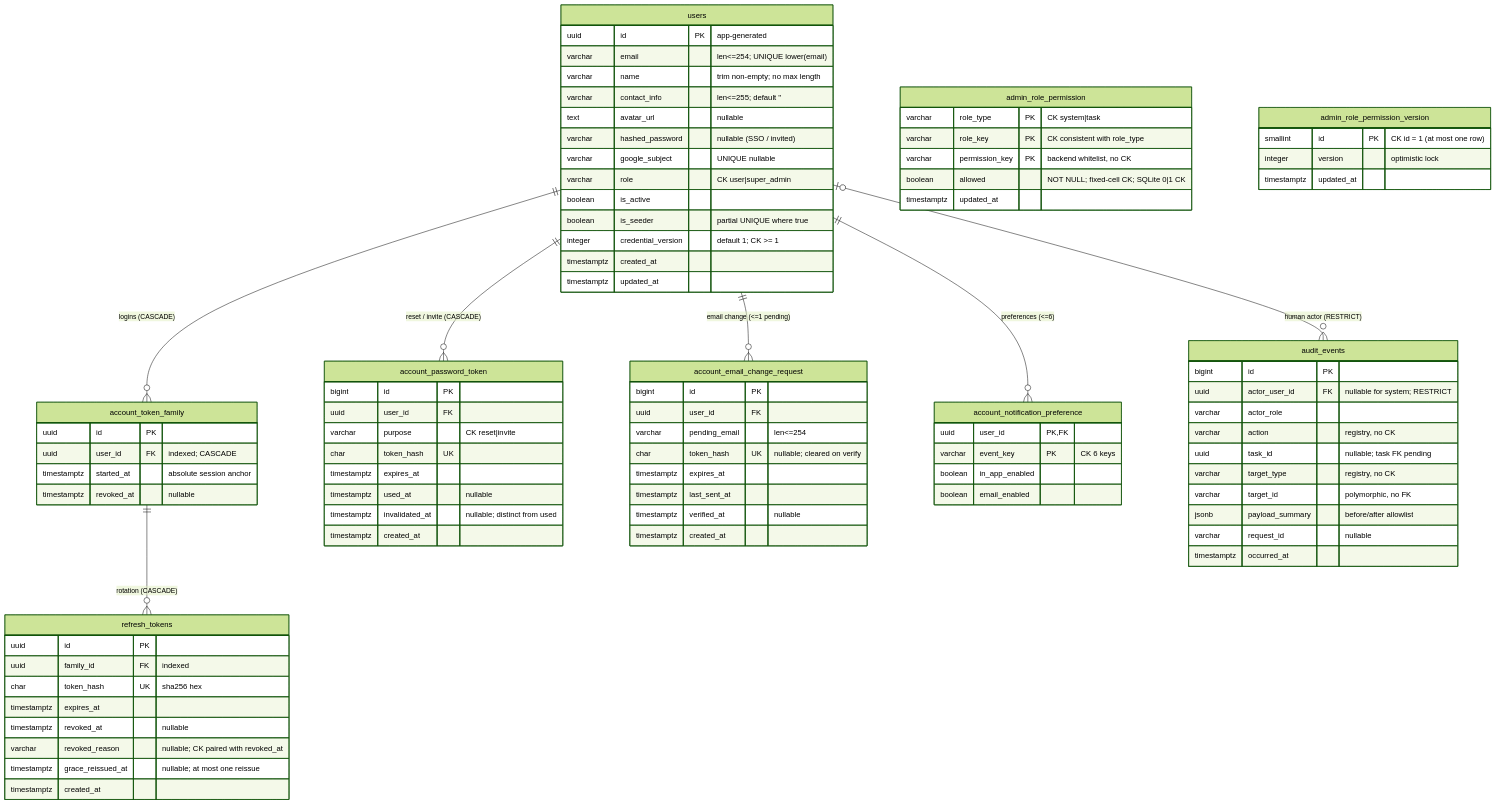
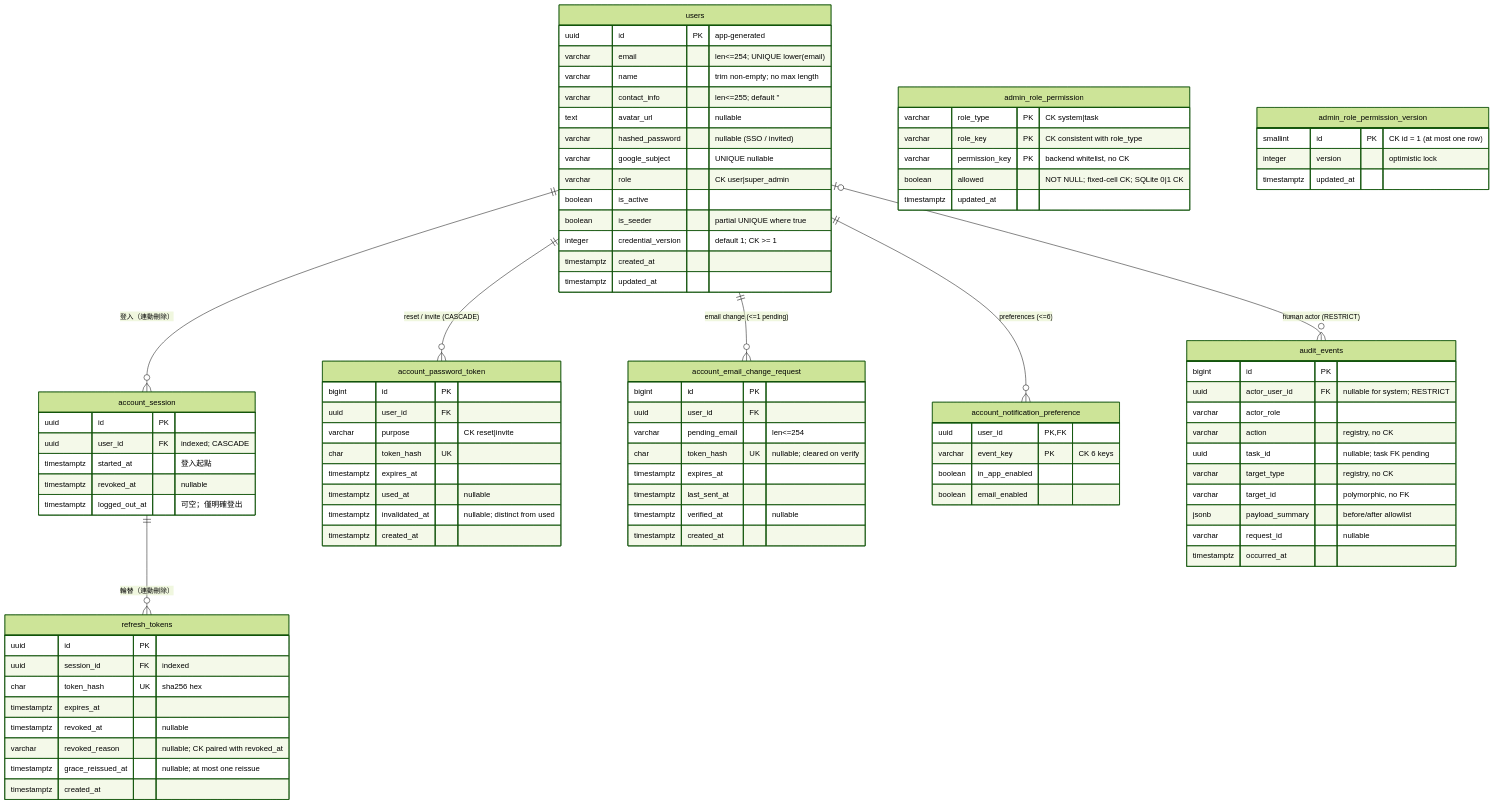
The diagram in docs/diagrams/architecture/account-admin-db-schema.md (singyichen/label-suite), drawn with Mermaid (forest theme) before and after one commit. The commit also changed other lines of this file and 3 other files, not shown here.

First line of the commit message:
docs: project account sessions into database diagrams

```diff
--- a/docs/diagrams/architecture/account-admin-db-schema.md
+++ b/docs/diagrams/architecture/account-admin-db-schema.md
@@ -52,15 +52,16 @@
         timestamptz created_at
         timestamptz updated_at
     }
-    account_token_family {
+    account_session {
         uuid id PK
         uuid user_id FK "indexed; CASCADE"
-        timestamptz started_at "absolute session anchor"
+        timestamptz started_at "登入起點"
         timestamptz revoked_at "nullable"
+        timestamptz logged_out_at "可空；僅明確登出"
     }
     refresh_tokens {
         uuid id PK
-        uuid family_id FK "indexed"
+        uuid session_id FK "indexed"
         char token_hash UK "sha256 hex"
         timestamptz expires_at
         timestamptz revoked_at "nullable"
@@ -119,8 +120,8 @@
         timestamptz updated_at
     }
 
-    users ||--o{ account_token_family : "logins (CASCADE)"
-    account_token_family ||--o{ refresh_tokens : "rotation (CASCADE)"
+    users ||--o{ account_session : "登入（連動刪除）"
+    account_session ||--o{ refresh_tokens : "輪替（連動刪除）"
     users ||--o{ account_password_token : "reset / invite (CASCADE)"
     users ||--o{ account_email_change_request : "email change (<=1 pending)"
     users ||--o{ account_notification_preference : "preferences (<=6)"
```
